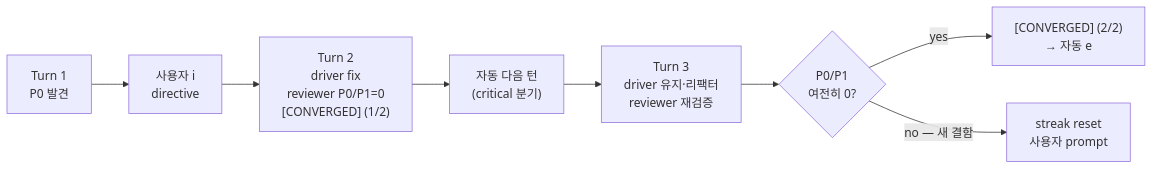
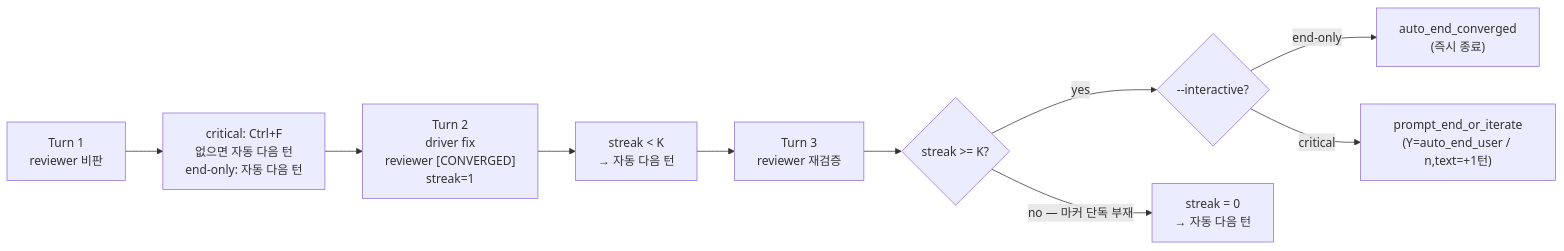
The diagram in outline/03-ux.md (shinjw4929/Dialectic-CLI), drawn with Mermaid before and after one commit. The commit also changed other lines of this file and 10 other files, not shown here.

````diff
--- a/outline/03-ux.md
+++ b/outline/03-ux.md
@@ -273,10 +274,12 @@
 ```mermaid
 flowchart LR
-    T1["Turn 1<br/>P0 발견"] --> Prompt1["사용자 i<br/>directive"]
-    Prompt1 --> T2["Turn 2<br/>driver fix<br/>reviewer P0/P1=0<br/>[CONVERGED] (1/2)"]
-    T2 --> Auto1["자동 다음 턴<br/>(critical 분기)"]
-    Auto1 --> T3["Turn 3<br/>driver 유지·리팩터<br/>reviewer 재검증"]
-    T3 --> Branch{"P0/P1<br/>여전히 0?"}
-    Branch -- yes --> End["[CONVERGED] (2/2)<br/>→ 자동 e"]
-    Branch -- "no — 새 결함" --> Prompt2["streak reset<br/>사용자 prompt"]
+    T1["Turn 1<br/>reviewer 비판"] --> Auto0["critical: Ctrl+F<br/>없으면 자동 다음 턴<br/>end-only: 자동 다음 턴"]
+    Auto0 --> T2["Turn 2<br/>driver fix<br/>reviewer [CONVERGED]<br/>streak=1"]
+    T2 --> Auto1["streak < K<br/>→ 자동 다음 턴"]
+    Auto1 --> T3["Turn 3<br/>reviewer 재검증"]
+    T3 --> Branch{"streak >= K?"}
+    Branch -- yes --> ModeBranch{"--interactive?"}
+    ModeBranch -- "end-only" --> AutoEnd["auto_end_converged<br/>(즉시 종료)"]
+    ModeBranch -- "critical" --> Prompt["prompt_end_or_iterate<br/>(Y=auto_end_user / n,text=+1턴)"]
+    Branch -- "no — 마커 단독 부재" --> Reset["streak = 0<br/>→ 자동 다음 턴"]
 ```
````
